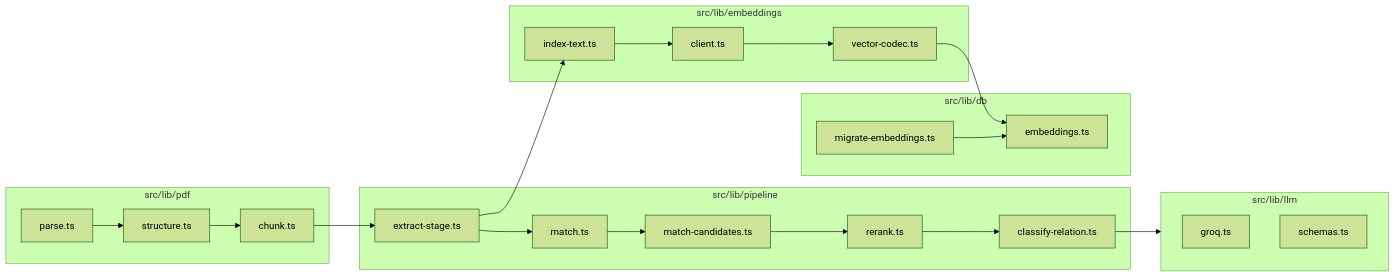
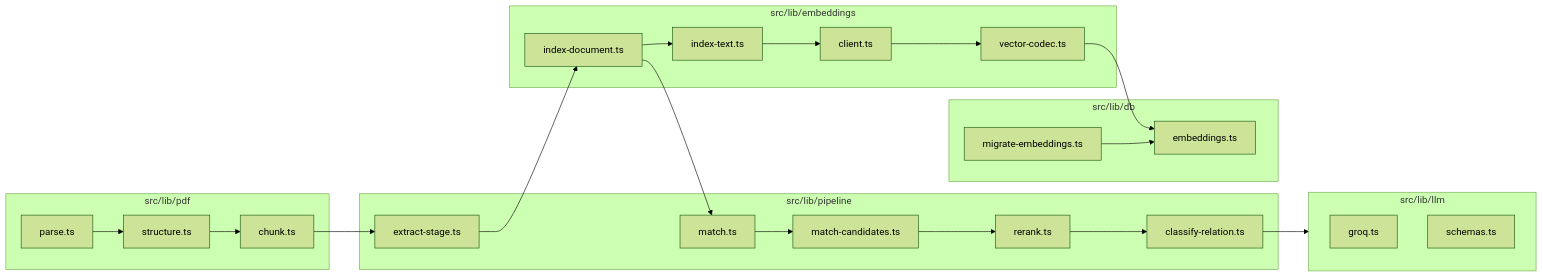
Before and after one commit to PrasannaPal21/superjoin-assignement: the tenth of 10 diagrams in docs/RAG_ARCHITECTURE.md, drawn with Mermaid (forest theme). The commit also changed other lines of this file and 6 other files, not shown here.

````diff
--- a/docs/RAG_ARCHITECTURE.md
+++ b/docs/RAG_ARCHITECTURE.md
@@ -408,36 +409,38 @@
 ```mermaid
 flowchart LR
   subgraph pdf [src/lib/pdf]
     parse[parse.ts]
     structure[structure.ts]
     chunk[chunk.ts]
   end
   subgraph pipe [src/lib/pipeline]
     extract[extract-stage.ts]
     candidates[match-candidates.ts]
     rerank[rerank.ts]
     classify[classify-relation.ts]
     match[match.ts]
   end
   subgraph emb [src/lib/embeddings]
     indexText[index-text.ts]
     client[client.ts]
     codec[vector-codec.ts]
+    indexDoc[index-document.ts]
   end
   subgraph dbemb [src/lib/db]
     migrateEmb[migrate-embeddings.ts]
     embCrud[embeddings.ts]
   end
   subgraph llm [src/lib/llm]
     groq[groq.ts]
     schemas[schemas.ts]
   end
 
   parse --> structure --> chunk --> extract
-  extract --> indexText --> client
+  extract --> indexDoc
+  indexDoc --> indexText --> client
   client --> codec --> embCrud
   migrateEmb --> embCrud
-  extract --> match
+  indexDoc --> match
   match --> candidates --> rerank --> classify
   classify --> llm
 ```
````
